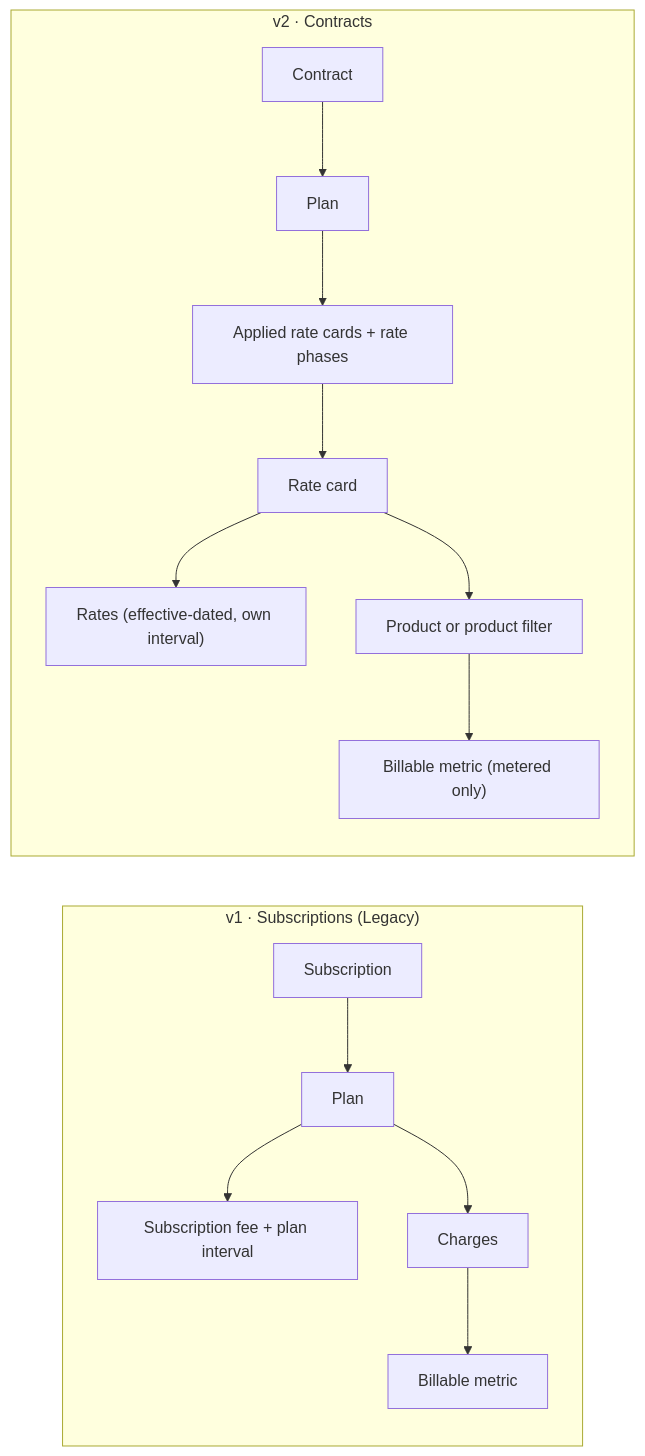
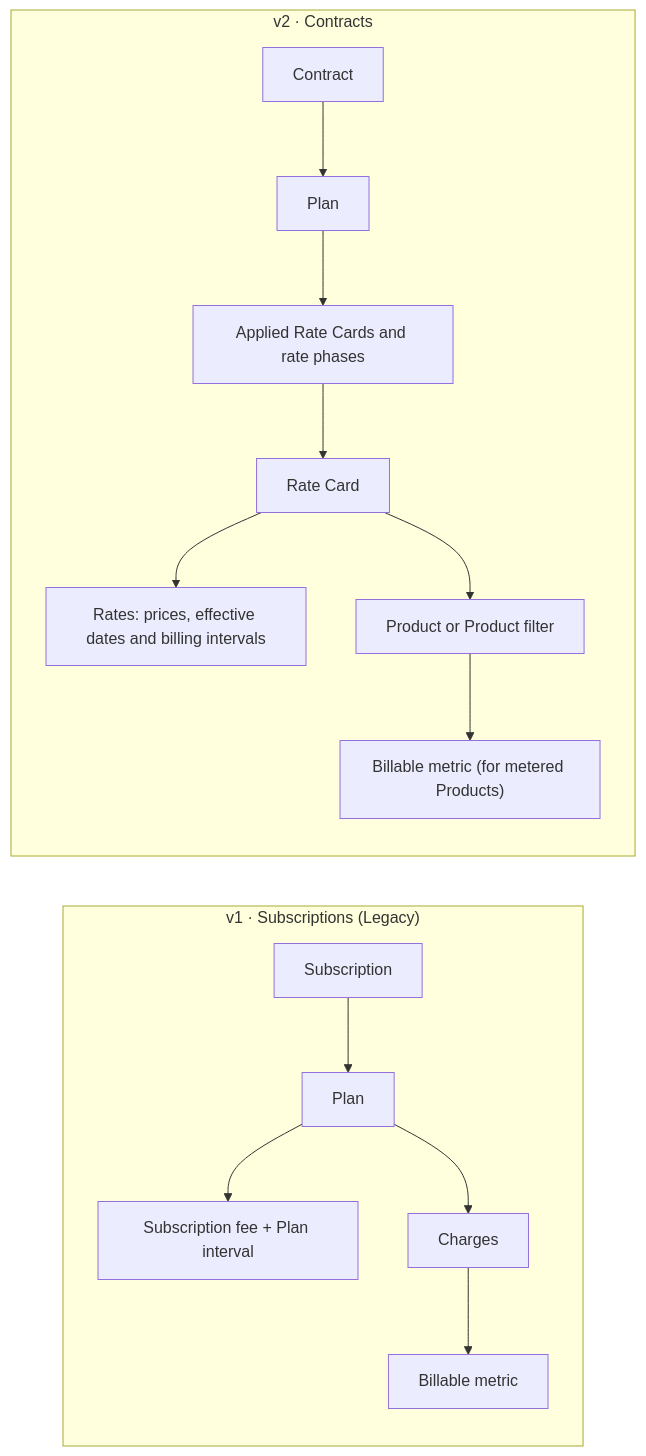
The diagram in v2/guide/introduction/contracts-vs-subscriptions.mdx (getlago/lago-doc), drawn with Mermaid before and after one commit. The commit also changed other lines of this file, not shown here.

````diff
--- a/v2/guide/introduction/contracts-vs-subscriptions.mdx
+++ b/v2/guide/introduction/contracts-vs-subscriptions.mdx
@@ -25,19 +31,19 @@
 ```mermaid
 flowchart LR
   subgraph V1["v1 · Subscriptions (Legacy)"]
     direction TB
     S["Subscription"] --> P1["Plan"]
-    P1 --> F1["Subscription fee + plan interval"]
+    P1 --> F1["Subscription fee + Plan interval"]
     P1 --> C1["Charges"]
     C1 --> BM1["Billable metric"]
   end
   subgraph V2["v2 · Contracts"]
     direction TB
     K["Contract"] --> P2["Plan"]
-    P2 --> ARC["Applied rate cards + rate phases"]
-    ARC --> RC["Rate card"]
-    RC --> R["Rates (effective-dated, own interval)"]
-    RC --> PR["Product or product filter"]
-    PR --> BM2["Billable metric (metered only)"]
+    P2 --> ARC["Applied Rate Cards and rate phases"]
+    ARC --> RC["Rate Card"]
+    RC --> R["Rates: prices, effective dates and billing intervals"]
+    RC --> PR["Product or Product filter"]
+    PR --> BM2["Billable metric (for metered Products)"]
   end
 ```
````
